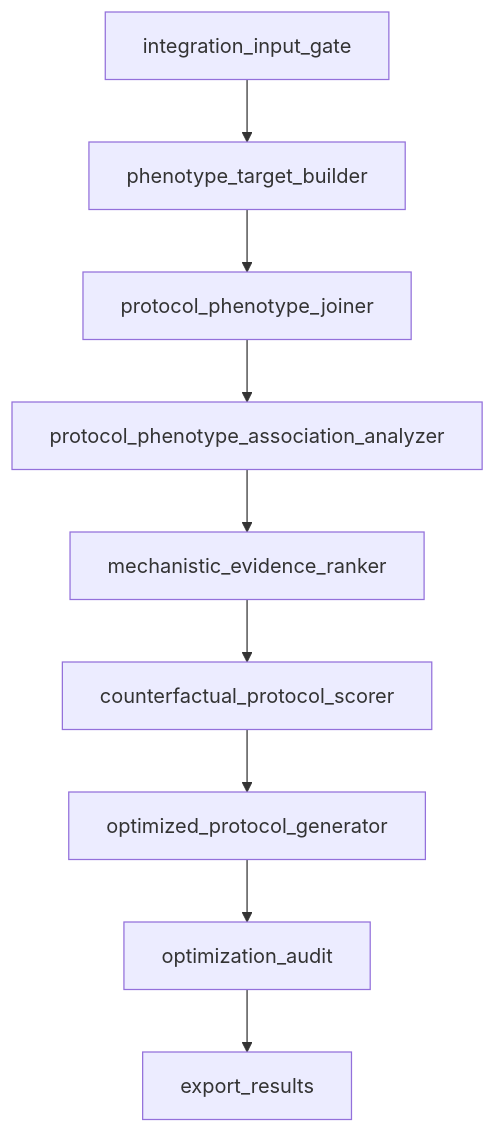
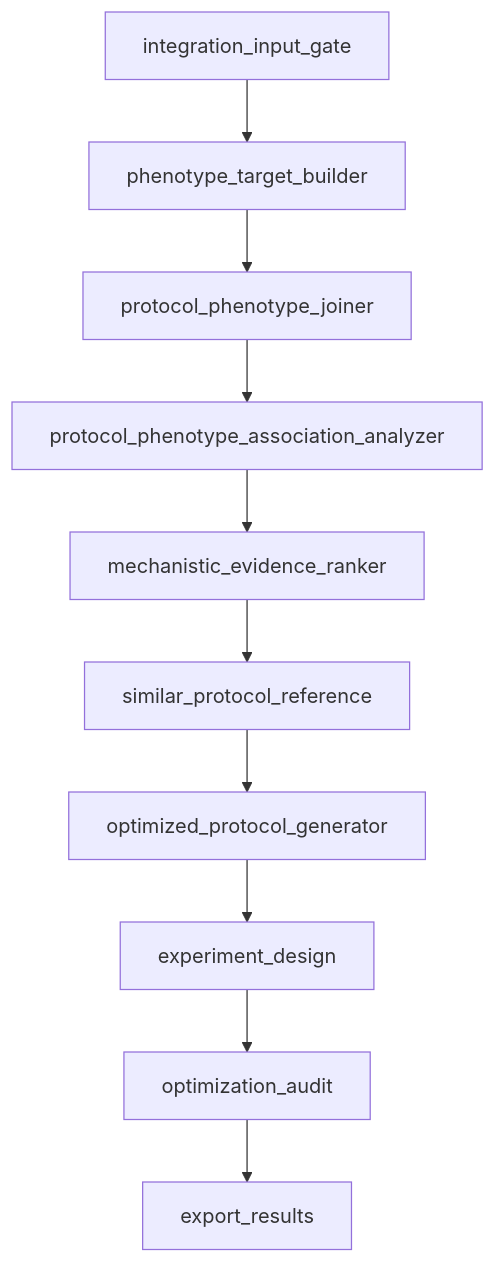
Before and after one commit to RAIN-chase/PancAgent: the fourth of 4 diagrams in docs/current_project_architecture.md, drawn with Mermaid. The commit also changed other lines of this file and 76 other files, not shown here.

````diff
--- a/docs/current_project_architecture.md
+++ b/docs/current_project_architecture.md
@@ -566,11 +544,12 @@
 ```mermaid
 flowchart TD
   A[integration_input_gate] --> B[phenotype_target_builder]
   B --> C[protocol_phenotype_joiner]
   C --> D[protocol_phenotype_association_analyzer]
   D --> E[mechanistic_evidence_ranker]
-  E --> F[counterfactual_protocol_scorer]
+  E --> F[similar_protocol_reference]
   F --> G[optimized_protocol_generator]
-  G --> H[optimization_audit]
-  H --> I[export_results]
+  G --> H[experiment_design]
+  H --> I[optimization_audit]
+  I --> J[export_results]
 ```
````
